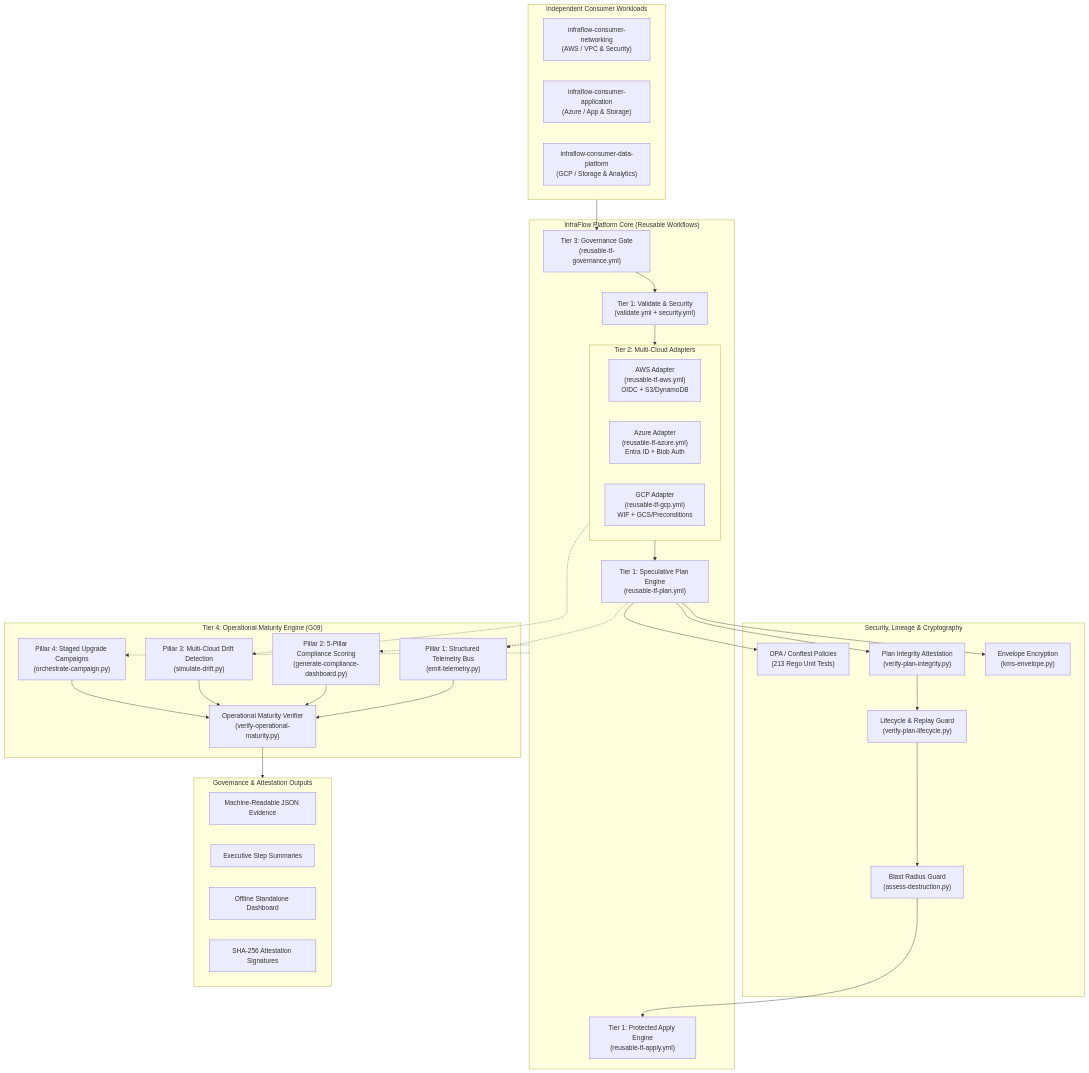
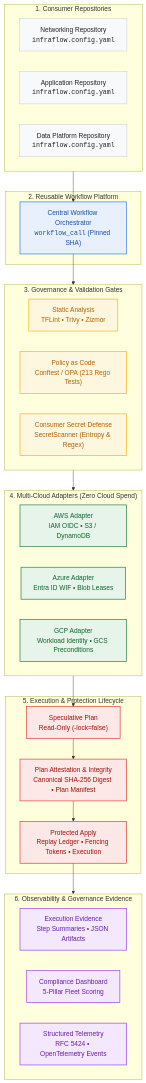
One commit to TM-threemavithana/infraflow changed the first of 3 diagrams in README.md. Above: the diagram before and after it, drawn with Mermaid. The commit also changed other lines of this file, not shown here.

````diff
--- a/README.md
+++ b/README.md
@@ -134,68 +108,57 @@
 ```mermaid
 flowchart TD
-    subgraph Consumers["Independent Consumer Workloads"]
-        NetRepo["infraflow-consumer-networking\n(AWS / VPC & Security)"]
-        AppRepo["infraflow-consumer-application\n(Azure / App & Storage)"]
-        DataRepo["infraflow-consumer-data-platform\n(GCP / Storage & Analytics)"]
+    subgraph Consumers["1. Consumer Repositories"]
+        CR1["Networking Repository<br/><code>infraflow.config.yaml</code>"]
+        CR2["Application Repository<br/><code>infraflow.config.yaml</code>"]
+        CR3["Data Platform Repository<br/><code>infraflow.config.yaml</code>"]
     end
 
-    subgraph PlatformCore["InfraFlow Platform Core (Reusable Workflows)"]
-        GovGate["Tier 3: Governance Gate\n(reusable-tf-governance.yml)"]
-        ValSec["Tier 1: Validate & Security\n(validate.yml + security.yml)"]
-        
-        subgraph CloudAdapters["Tier 2: Multi-Cloud Adapters"]
-            AWSAdapter["AWS Adapter\n(reusable-tf-aws.yml)\nOIDC + S3/DynamoDB"]
-            AzureAdapter["Azure Adapter\n(reusable-tf-azure.yml)\nEntra ID + Blob Auth"]
-            GCPAdapter["GCP Adapter\n(reusable-tf-gcp.yml)\nWIF + GCS/Preconditions"]
-        end
-
-        PlanEngine["Tier 1: Speculative Plan Engine\n(reusable-tf-plan.yml)"]
-        ApplyEngine["Tier 1: Protected Apply Engine\n(reusable-tf-apply.yml)"]
+    subgraph Platform["2. Reusable Workflow Platform"]
+        WF["Central Workflow Orchestrator<br/><code>workflow_call</code> (Pinned SHA)"]
     end
 
-    subgraph SecurityAttestation["Security, Lineage & Cryptography"]
-        OPAPolicies["OPA / Conftest Policies\n(213 Rego Unit Tests)"]
-        PlanAttest["Plan Integrity Attestation\n(verify-plan-integrity.py)"]
-        KMSEnvelope["Envelope Encryption\n(kms-envelope.py)"]
-        LineageReplay["Lifecycle & Replay Guard\n(verify-plan-lifecycle.py)"]
-        BlastRadius["Blast Radius Guard\n(assess-destruction.py)"]
+    subgraph Governance["3. Governance & Validation Gates"]
+        LINT["Static Analysis<br/>TFLint • Trivy • Zizmor"]
+        OPA["Policy as Code<br/>Conftest / OPA (213 Rego Tests)"]
+        SEC["Consumer Secret Defense<br/>SecretScanner (Entropy & Regex)"]
     end
 
-    subgraph OperationalMaturity["Tier 4: Operational Maturity Engine (G09)"]
-        TelemetryBus["Pillar 1: Structured Telemetry Bus\n(emit-telemetry.py)"]
-        ComplianceDash["Pillar 2: 5-Pillar Compliance Scoring\n(generate-compliance-dashboard.py)"]
-        DriftSim["Pillar 3: Multi-Cloud Drift Detection\n(simulate-drift.py)"]
-        CampaignOrch["Pillar 4: Staged Upgrade Campaigns\n(orchestrate-campaign.py)"]
-        UnifiedVerifier["Operational Maturity Verifier\n(verify-operational-maturity.py)"]
+    subgraph Adapters["4. Multi-Cloud Adapters (Zero Cloud Spend)"]
+        AWS["AWS Adapter<br/>IAM OIDC • S3 / DynamoDB"]
+        AZURE["Azure Adapter<br/>Entra ID WIF • Blob Leases"]
+        GCP["GCP Adapter<br/>Workload Identity • GCS Preconditions"]
     end
 
-    subgraph EvidenceOut["Governance & Attestation Outputs"]
-        JSONEv["Machine-Readable JSON Evidence"]
-        MDEv["Executive Step Summaries"]
-        HTMLEv["Offline Standalone Dashboard"]
-        SignedAttest["SHA-256 Attestation Signatures"]
+    subgraph Lifecycle["5. Execution & Protection Lifecycle"]
+        PLAN["Speculative Plan<br/>Read-Only (-lock=false)"]
+        ATTEST["Plan Attestation & Integrity<br/>Canonical SHA-256 Digest • Plan Manifest"]
+        APPLY["Protected Apply<br/>Replay Ledger • Fencing Tokens • Execution"]
     end
 
-    Consumers --> GovGate
-    GovGate --> ValSec
-    ValSec --> CloudAdapters
-    CloudAdapters --> PlanEngine
-    PlanEngine --> OPAPolicies
-    PlanEngine --> PlanAttest
-    PlanEngine --> KMSEnvelope
-    PlanAttest --> LineageReplay
-    LineageReplay --> BlastRadius
-    BlastRadius --> ApplyEngine
+    subgraph Outputs["6. Observability & Governance Evidence"]
+        EVID["Execution Evidence<br/>Step Summaries • JSON Artifacts"]
+        DASH["Compliance Dashboard<br/>5-Pillar Fleet Scoring"]
+        TELEM["Structured Telemetry<br/>RFC 5424 • OpenTelemetry Events"]
+    end
 
-    PlanEngine -.-> TelemetryBus
-    CloudAdapters -.-> DriftSim
-    PlatformCore -.-> ComplianceDash
-    PlatformCore -.-> CampaignOrch
+    Consumers --> WF
+    WF --> Governance
+    Governance --> Adapters
+    Adapters --> PLAN
+    PLAN --> ATTEST
+    ATTEST --> APPLY
+    APPLY --> Outputs
 
-    TelemetryBus --> UnifiedVerifier
-    ComplianceDash --> UnifiedVerifier
-    DriftSim --> UnifiedVerifier
-    CampaignOrch --> UnifiedVerifier
+    classDef default fill:#F8F9FA,stroke:#BDC1C6,stroke-width:1px,color:#202124;
+    classDef primary fill:#E8F0FE,stroke:#1A73E8,stroke-width:1.5px,color:#174EA6;
+    classDef gate fill:#FEF7E0,stroke:#F9AB00,stroke-width:1.5px,color:#B06000;
+    classDef cloud fill:#E6F4EA,stroke:#137333,stroke-width:1.5px,color:#0D652D;
+    classDef protect fill:#FCE8E6,stroke:#D93025,stroke-width:1.5px,color:#A50E0E;
+    classDef output fill:#F3E8FD,stroke:#9334E6,stroke-width:1.5px,color:#681DA8;
 
-    UnifiedVerifier --> EvidenceOut
+    class WF primary;
+    class LINT,OPA,SEC gate;
+    class AWS,AZURE,GCP cloud;
+    class PLAN,ATTEST,APPLY protect;
+    class EVID,DASH,TELEM output;
 ```
````
